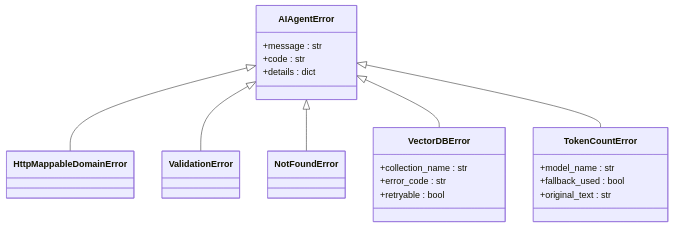
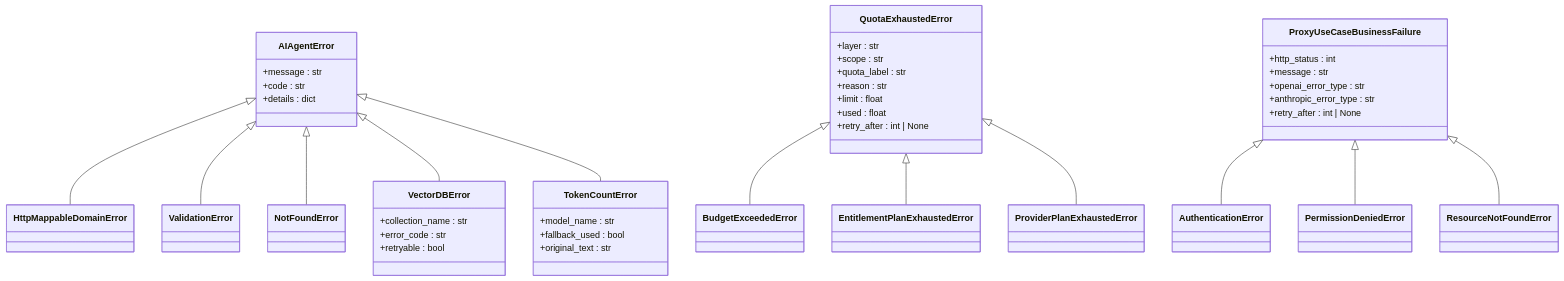
Before and after one commit to tianyehedashu/ai-agent: the third of 9 diagrams in .qoder/repowiki/zh/content/后端服务架构/基础设施层/异常处理机制.md, drawn with Mermaid. The commit also changed other lines of this file and 50 other files, not shown here.

````diff
--- a/.qoder/repowiki/zh/content/后端服务架构/基础设施层/异常处理机制.md
+++ b/.qoder/repowiki/zh/content/后端服务架构/基础设施层/异常处理机制.md
@@ -161,26 +195,54 @@
 ```mermaid
 classDiagram
 class AIAgentError {
 +message : str
 +code : str
 +details : dict
 }
 class HttpMappableDomainError
 class ValidationError
 class NotFoundError
 class VectorDBError {
 +collection_name : str
 +error_code : str
 +retryable : bool
 }
 class TokenCountError {
 +model_name : str
 +fallback_used : bool
 +original_text : str
 }
+class QuotaExhaustedError {
++layer : str
++scope : str
++quota_label : str
++reason : str
++limit : float
++used : float
++retry_after : int | None
+}
+class BudgetExceededError
+class EntitlementPlanExhaustedError
+class ProviderPlanExhaustedError
+class ProxyUseCaseBusinessFailure {
++http_status : int
++message : str
++openai_error_type : str
++anthropic_error_type : str
++retry_after : int | None
+}
+class AuthenticationError
+class PermissionDeniedError
+class ResourceNotFoundError
 AIAgentError <|-- HttpMappableDomainError
 AIAgentError <|-- ValidationError
 AIAgentError <|-- NotFoundError
 AIAgentError <|-- VectorDBError
 AIAgentError <|-- TokenCountError
+QuotaExhaustedError <|-- BudgetExceededError
+QuotaExhaustedError <|-- EntitlementPlanExhaustedError
+QuotaExhaustedError <|-- ProviderPlanExhaustedError
+ProxyUseCaseBusinessFailure <|-- AuthenticationError
+ProxyUseCaseBusinessFailure <|-- PermissionDeniedError
+ProxyUseCaseBusinessFailure <|-- ResourceNotFoundError
 ```
````
